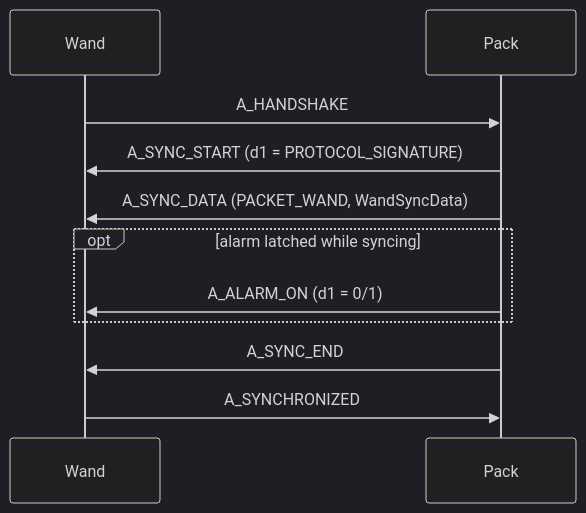
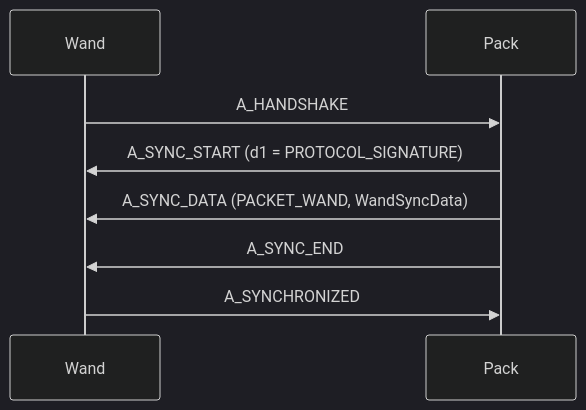
Before and after one commit to GPStarTechnologies/GPStar-Core-Source: the second of 8 diagrams in source/SharedLib/Communication/API_FLOW.md, drawn with Mermaid (dark theme). The commit also changed other lines of this file and 1 other file, not shown here.

````diff
--- a/source/SharedLib/Communication/API_FLOW.md
+++ b/source/SharedLib/Communication/API_FLOW.md
@@ -54,14 +322,11 @@
 ```mermaid
 sequenceDiagram
 		participant W as Wand
 		participant P as Pack
 
 		W->>P: A_HANDSHAKE
 		P->>W: A_SYNC_START (d1 = PROTOCOL_SIGNATURE)
 		P->>W: A_SYNC_DATA (PACKET_WAND, WandSyncData)
-		opt alarm latched while syncing
-				P->>W: A_ALARM_ON (d1 = 0/1)
-		end
 		P->>W: A_SYNC_END
 		W->>P: A_SYNCHRONIZED
 ```
````
